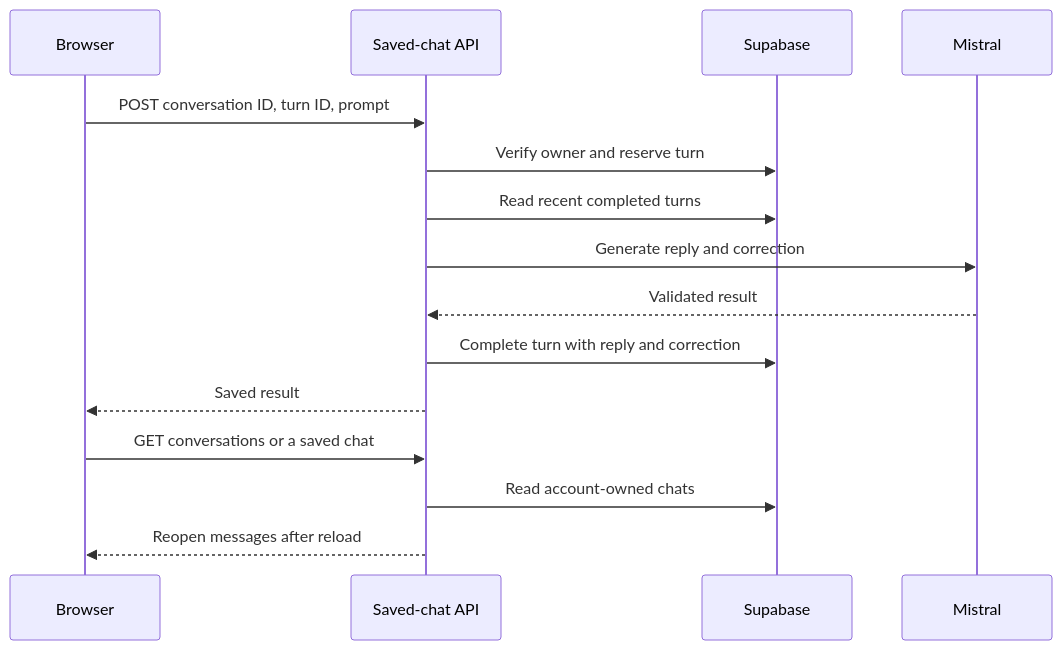
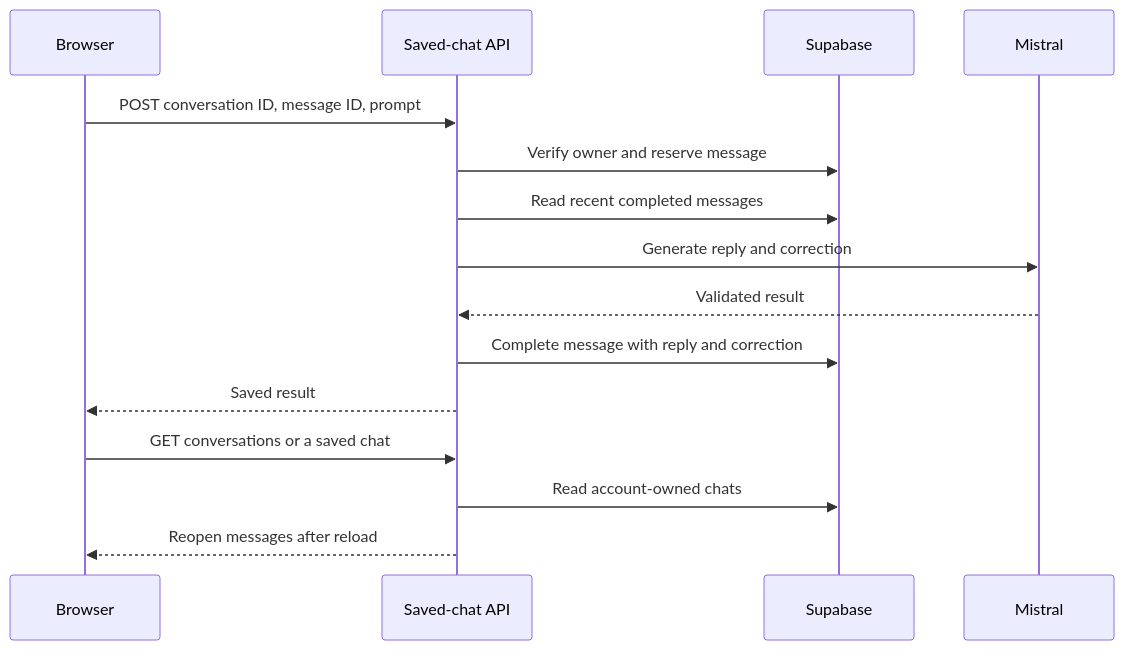
The fourth of 6 diagrams in README.md (Yvesei/LangBot), drawn with Mermaid before and after one commit. The commit also changed other lines of this file and 5 other files, not shown here.

Commit message:
refactor: rename chat turns to messages

````diff
--- a/README.md
+++ b/README.md
@@ -233,17 +233,17 @@
 ```mermaid
 sequenceDiagram
     participant Browser
     participant API as Saved-chat API
     participant DB as Supabase
     participant AI as Mistral
-    Browser->>API: POST conversation ID, turn ID, prompt
-    API->>DB: Verify owner and reserve turn
-    API->>DB: Read recent completed turns
+    Browser->>API: POST conversation ID, message ID, prompt
+    API->>DB: Verify owner and reserve message
+    API->>DB: Read recent completed messages
     API->>AI: Generate reply and correction
     AI-->>API: Validated result
-    API->>DB: Complete turn with reply and correction
+    API->>DB: Complete message with reply and correction
     API-->>Browser: Saved result
     Browser->>API: GET conversations or a saved chat
     API->>DB: Read account-owned chats
     API-->>Browser: Reopen messages after reload
 ```
````
